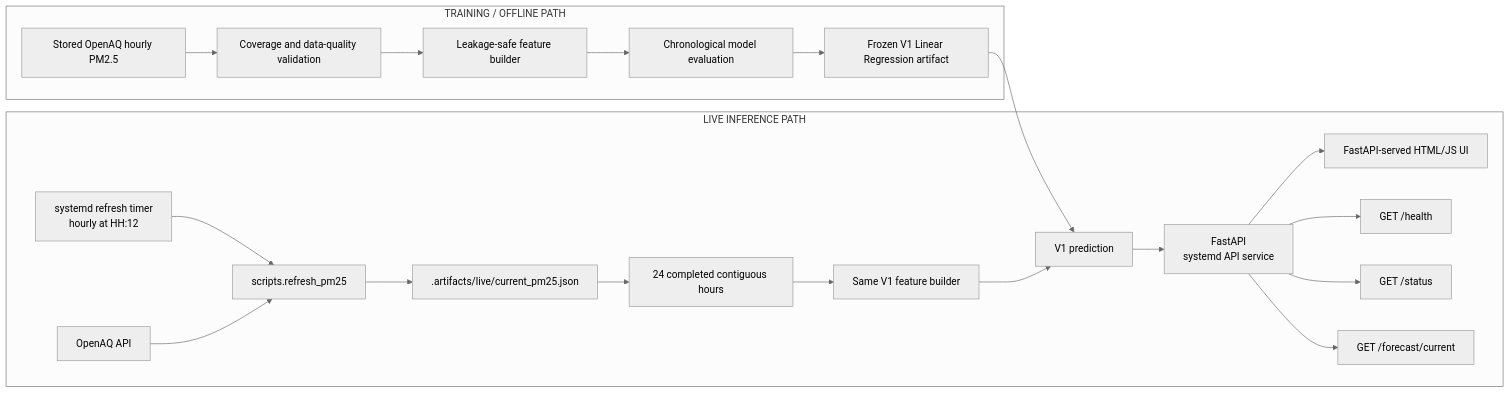
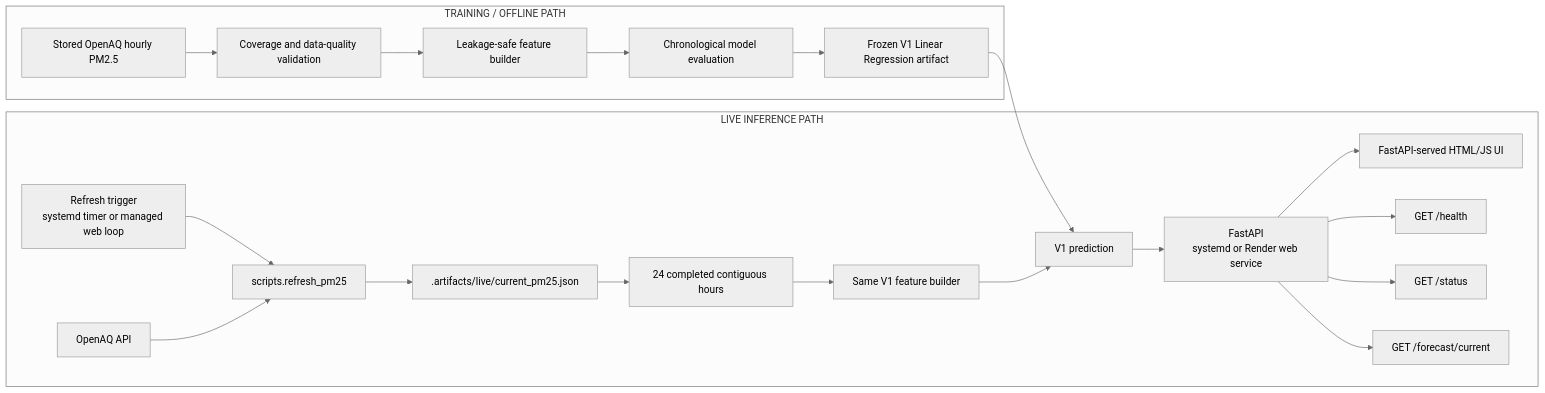
One commit to mainamkhanh23102005/airawarevn changed the diagram in README.md. Above: the diagram before and after it, drawn with Mermaid (neutral theme). The commit also changed other lines of this file and 5 other files, not shown here.

````diff
--- a/README.md
+++ b/README.md
@@ -25,24 +25,24 @@
 ```mermaid
 flowchart LR
   subgraph offline["TRAINING / OFFLINE PATH"]
     OH["Stored OpenAQ hourly PM2.5"] --> DQ["Coverage and data-quality validation"]
     DQ --> FB1["Leakage-safe feature builder"]
     FB1 --> EV["Chronological model evaluation"]
     EV --> M["Frozen V1 Linear Regression artifact"]
   end
 
   subgraph live["LIVE INFERENCE PATH"]
-    T["systemd refresh timer<br/>hourly at HH:12"] --> R["scripts.refresh_pm25"]
+    T["Refresh trigger<br/>systemd timer or managed web loop"] --> R["scripts.refresh_pm25"]
     OA["OpenAQ API"] --> R
     R --> A[".artifacts/live/current_pm25.json"]
     A --> C["24 completed contiguous hours"]
     C --> FB2["Same V1 feature builder"]
     M --> P["V1 prediction"]
     FB2 --> P
-    P --> API["FastAPI<br/>systemd API service"]
+    P --> API["FastAPI<br/>systemd or Render web service"]
     API --> UI["FastAPI-served HTML/JS UI"]
     API --> H["GET /health"]
     API --> S["GET /status"]
     API --> F["GET /forecast/current"]
   end
 ```
````
